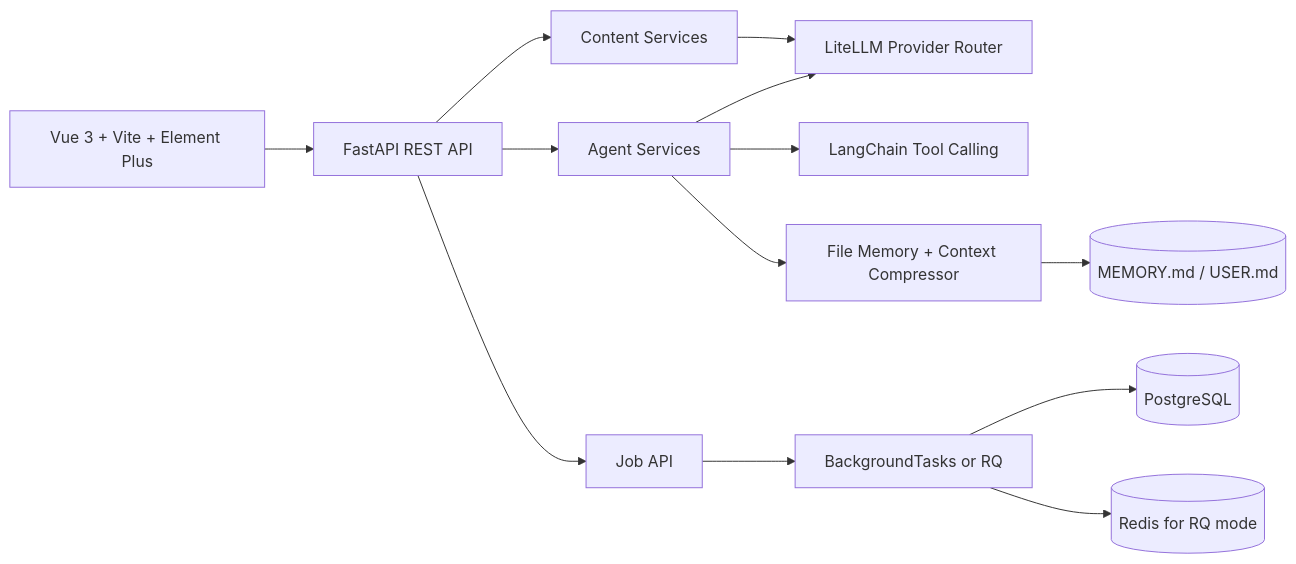
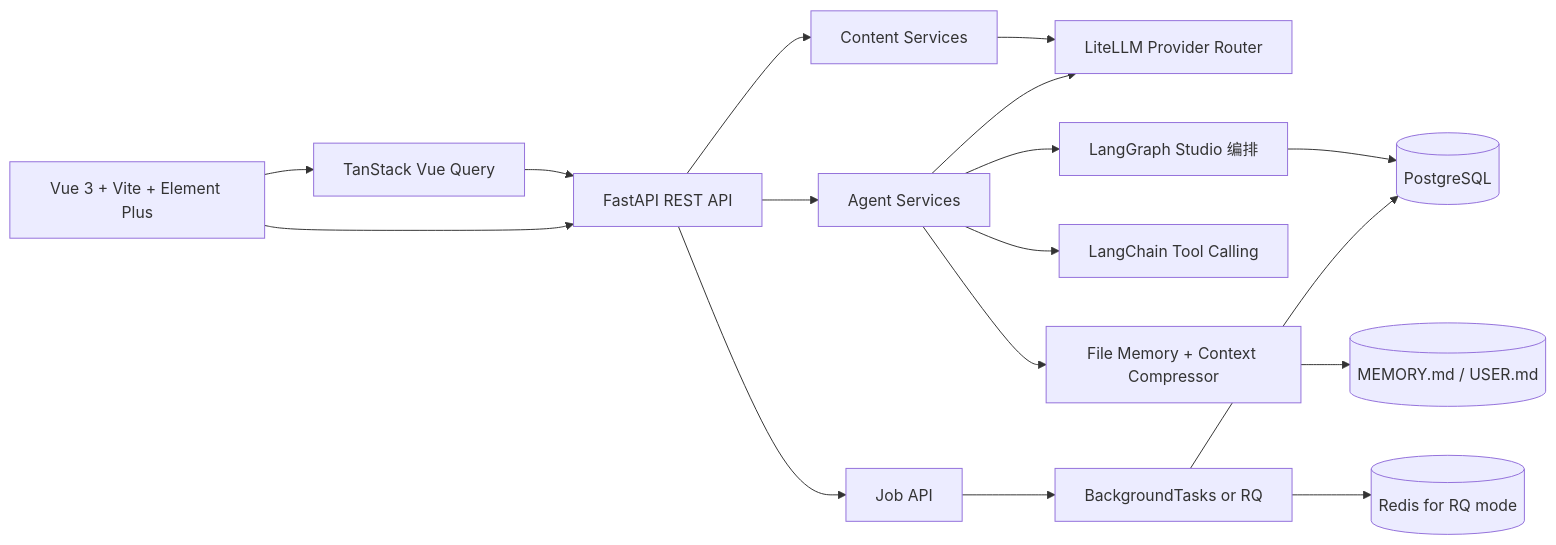
One commit to xwmxcz/-content-ops-agent changed the diagram in README.zh-CN.md. Above: the diagram before and after it, drawn with Mermaid. The commit also changed other lines of this file and 108 other files, not shown here.

First line of the commit message:
feat: strengthen content workflows with LangGraph and Vue Query

````diff
--- a/README.zh-CN.md
+++ b/README.zh-CN.md
@@ -34,15 +34,19 @@
 ```mermaid
 graph LR
-  UI[Vue 3 + Vite + Element Plus] --> API[FastAPI REST API]
+  UI[Vue 3 + Vite + Element Plus] --> Query[TanStack Vue Query]
+  Query --> API[FastAPI REST API]
+  UI --> API
   API --> Content[Content Services]
   API --> Agent[Agent Services]
   API --> Jobs[Job API]
   Content --> LLM[LiteLLM Provider Router]
   Agent --> LLM
+  Agent --> Graph[LangGraph Studio 编排]
+  Graph --> DB[(PostgreSQL)]
   Agent --> Tools[LangChain Tool Calling]
   Agent --> Memory[File Memory + Context Compressor]
   Memory --> Files[(MEMORY.md / USER.md)]
   Jobs --> Queue[BackgroundTasks or RQ]
-  Queue --> DB[(PostgreSQL)]
+  Queue --> DB
   Queue --> Redis[(Redis for RQ mode)]
 ```
````
